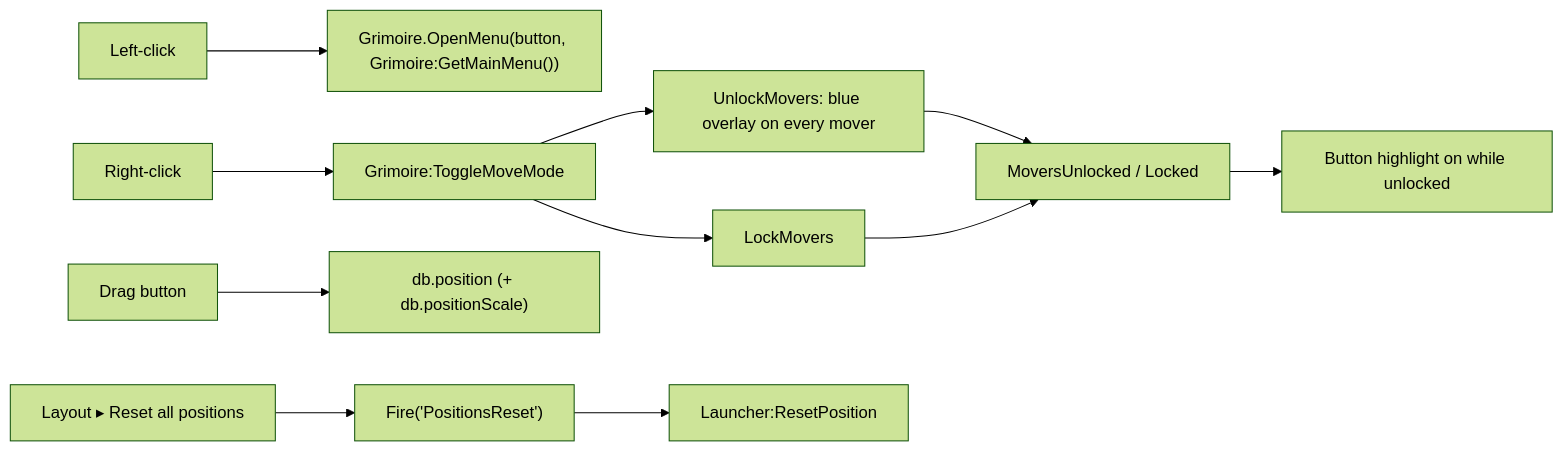
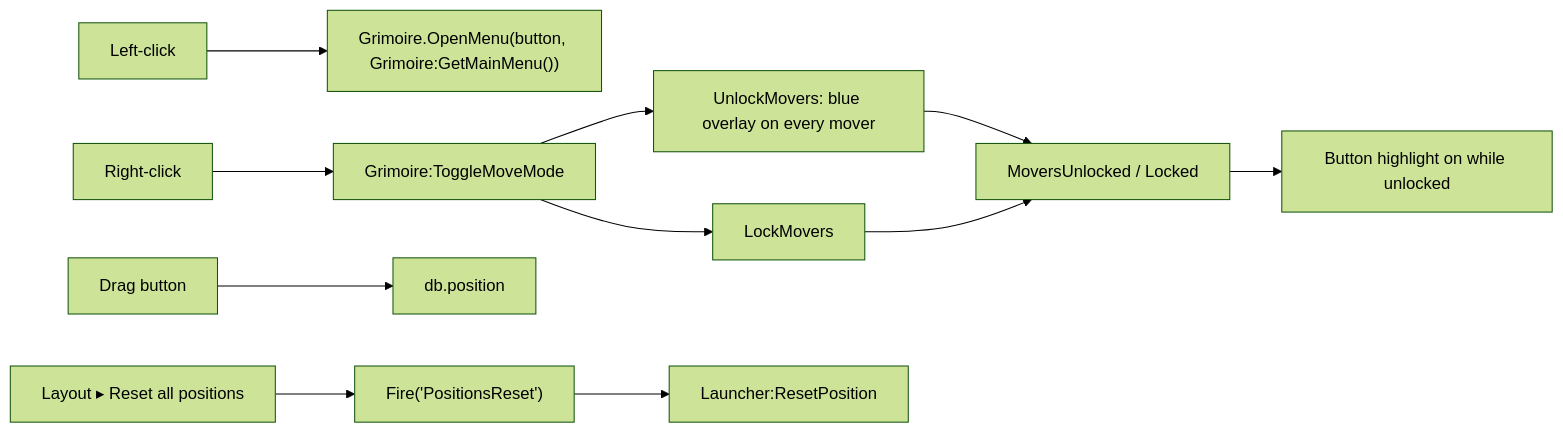
One commit to PhillypHenning/grimoire changed the second of 2 diagrams in docs/features/launcher/README.md. Above: the diagram before and after it, drawn with Mermaid (forest theme). The commit also changed other lines of this file and 25 other files, not shown here.

````diff
--- a/docs/features/launcher/README.md
+++ b/docs/features/launcher/README.md
@@ -24,9 +24,9 @@
 ```mermaid
 flowchart LR
     L[Left-click] --> Menu["Grimoire.OpenMenu(button, Grimoire:GetMainMenu())"]
     R[Right-click] --> T[Grimoire:ToggleMoveMode]
     T --> U[UnlockMovers: blue overlay on every mover] & K[LockMovers]
-    D[Drag button] --> S["db.position (+ db.positionScale)"]
+    D[Drag button] --> S["db.position"]
     U & K --> CB[MoversUnlocked / Locked] --> H[Button highlight on while unlocked]
     PR["Layout ▸ Reset all positions"] --> F["Fire('PositionsReset')"] --> RP[Launcher:ResetPosition]
 ```
````
